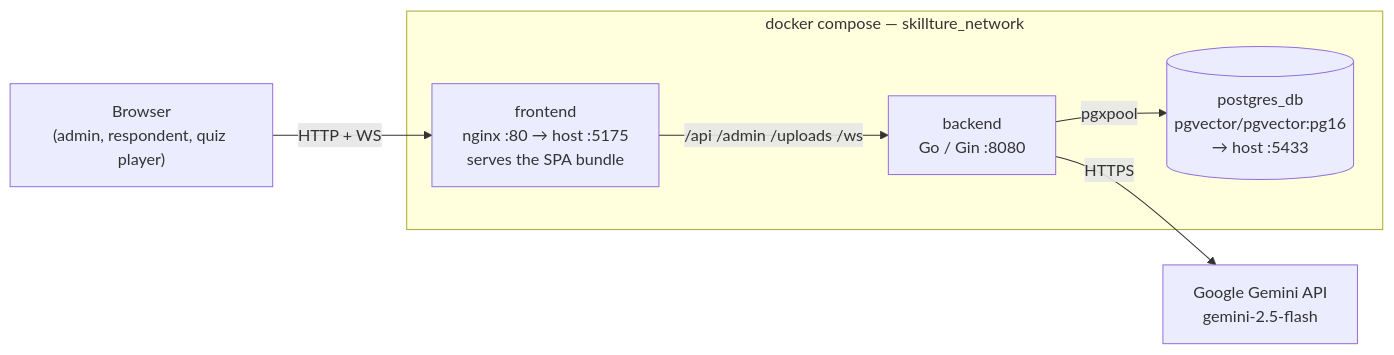
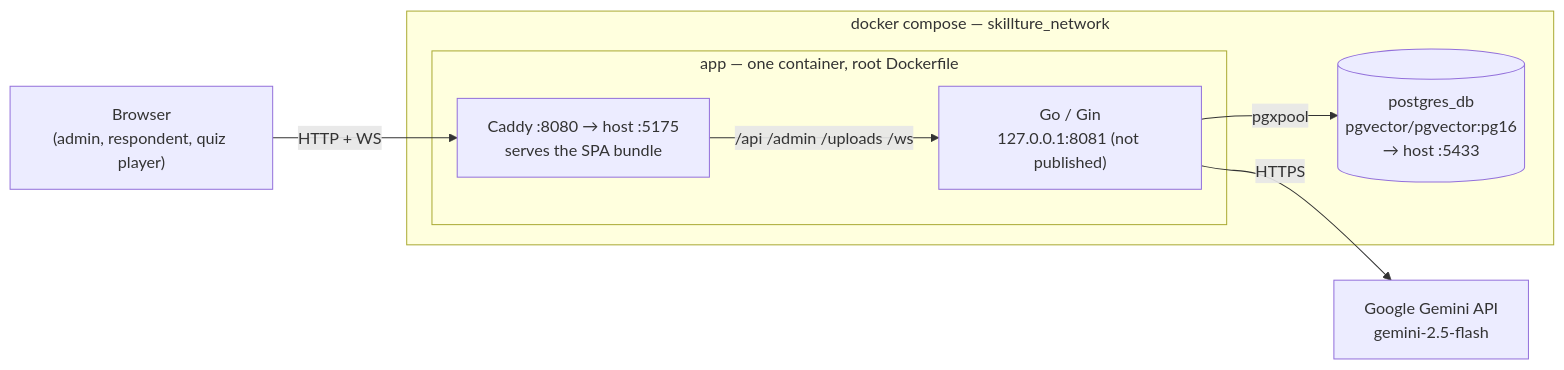
One commit to HusseinAli0x/Skillture_Form changed the first of 8 diagrams in docs/ARCHITECTURE.md. Above: the diagram before and after it, drawn with Mermaid. The commit also changed other lines of this file and 52 other files, not shown here.

First line of the commit message:
feat: workshops, contact messages, i18n, player avatars; single-container deploy with Caddy

````diff
--- a/docs/ARCHITECTURE.md
+++ b/docs/ARCHITECTURE.md
@@ -10,17 +10,19 @@
 ```mermaid
 flowchart LR
     Browser["Browser<br/>(admin, respondent, quiz player)"]
 
     subgraph Docker["docker compose — skillture_network"]
-        Nginx["frontend<br/>nginx :80 → host :5175<br/>serves the SPA bundle"]
-        API["backend<br/>Go / Gin :8080"]
+        subgraph App["app — one container, root Dockerfile"]
+            Caddy["Caddy :8080 → host :5175<br/>serves the SPA bundle"]
+            API["Go / Gin<br/>127.0.0.1:8081 (not published)"]
+        end
         DB[("postgres_db<br/>pgvector/pgvector:pg16<br/>→ host :5433")]
     end
 
     Gemini["Google Gemini API<br/>gemini-2.5-flash"]
 
-    Browser -->|"HTTP + WS"| Nginx
-    Nginx -->|"/api /admin /uploads /ws"| API
+    Browser -->|"HTTP + WS"| Caddy
+    Caddy -->|"/api /admin /uploads /ws"| API
     API -->|"pgxpool"| DB
     API -->|"HTTPS"| Gemini
 ```
````
